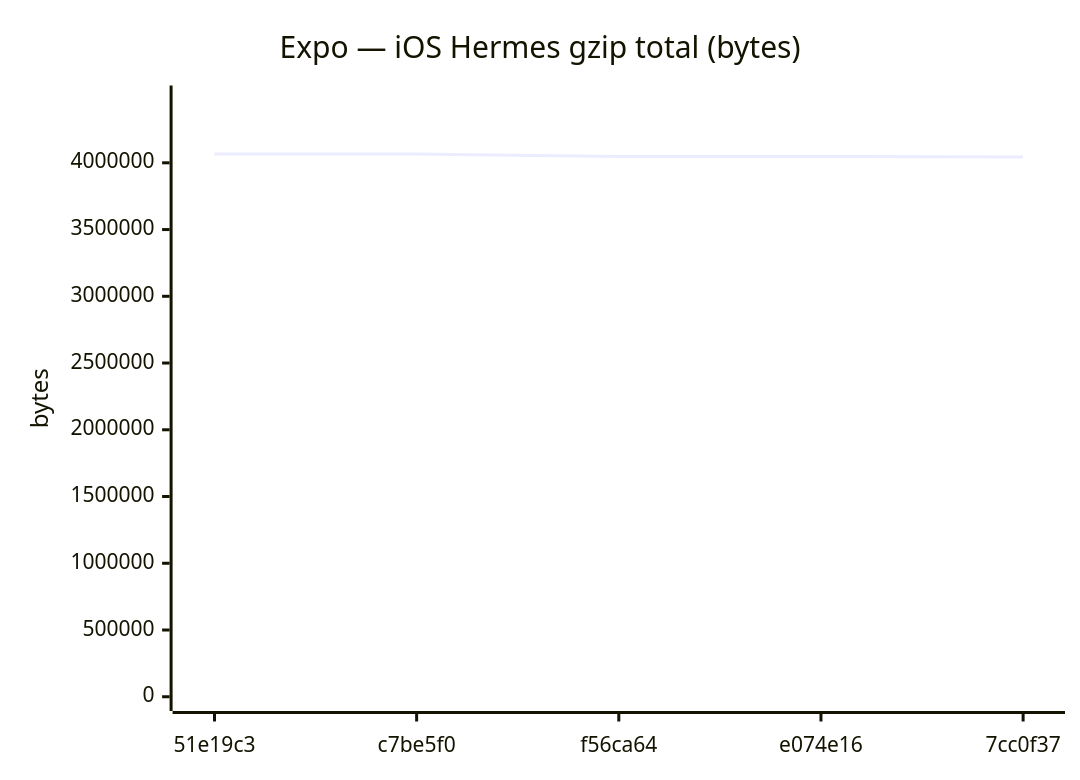
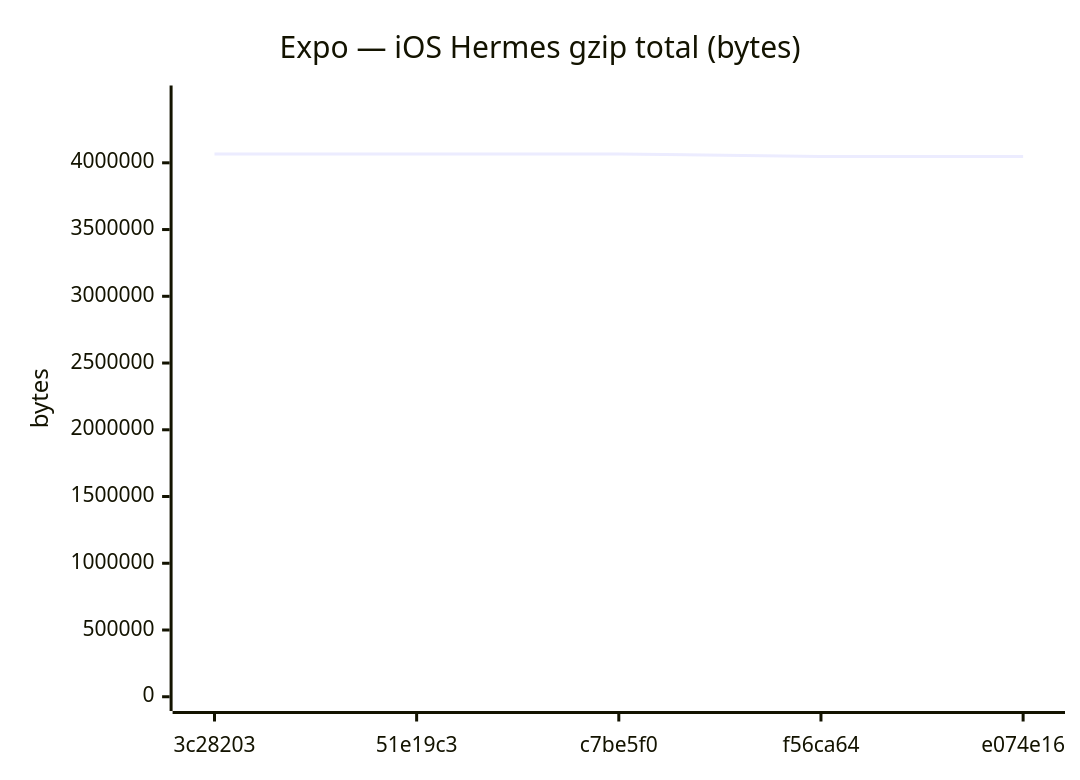
Diagram 12 of 18 in benchmarks/compare.md (Metaheurist/Rianell), drawn with Mermaid before and after one commit. The commit also changed other lines of this file and 11 other files, not shown here.

````diff
--- a/benchmarks/compare.md
+++ b/benchmarks/compare.md
@@ -179,7 +179,7 @@
 ```mermaid
 xychart-beta
     title "Expo — iOS Hermes gzip total (bytes)"
-    x-axis ["51e19c3", "c7be5f0", "f56ca64", "e074e16", "7cc0f37"]
+    x-axis ["3c28203", "51e19c3", "c7be5f0", "f56ca64", "e074e16"]
     y-axis "bytes" 0 --> 4472399
-    line [4065816, 4065817, 4047233, 4047234, 4042958]
+    line [4065403, 4065816, 4065817, 4047233, 4047234]
 ```
````
